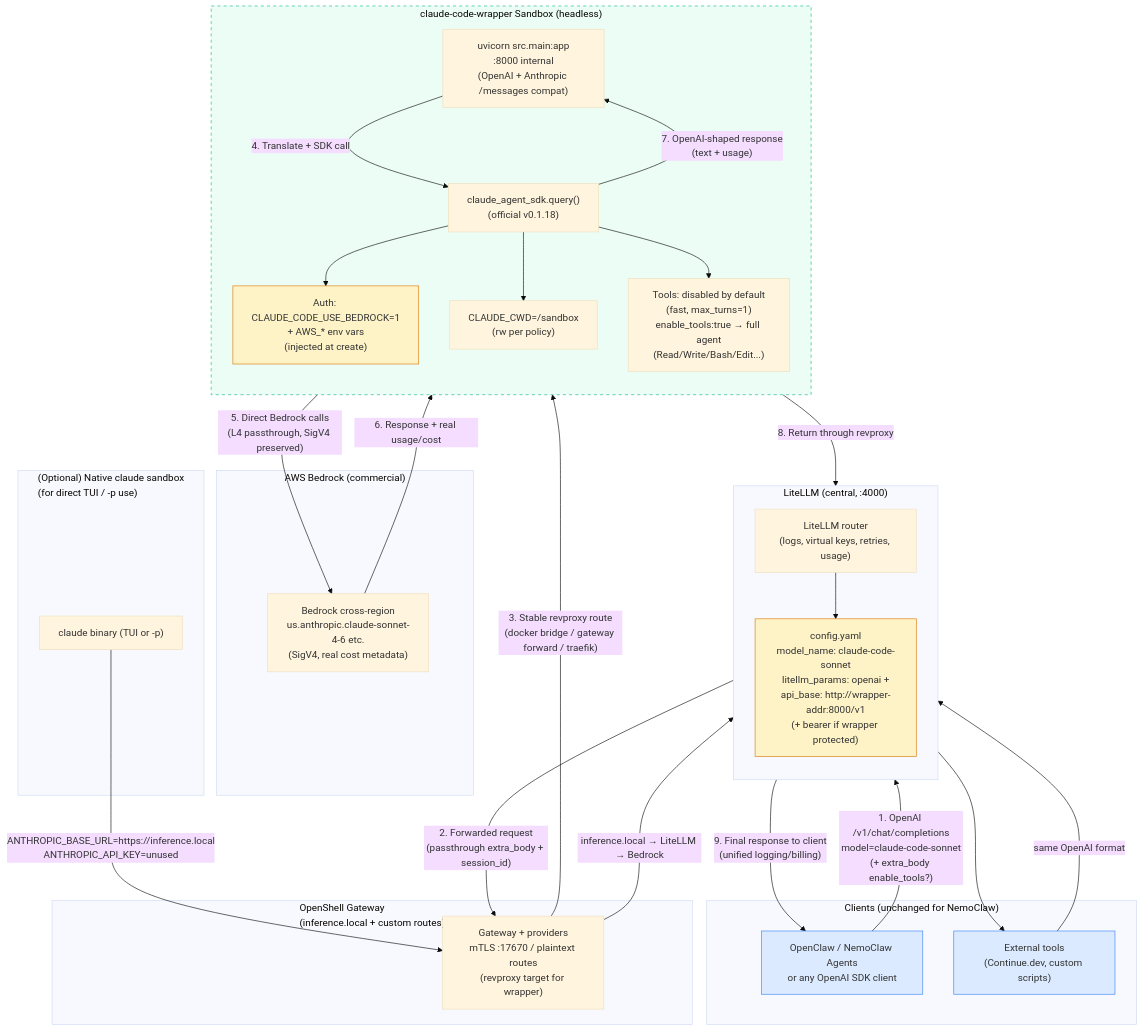
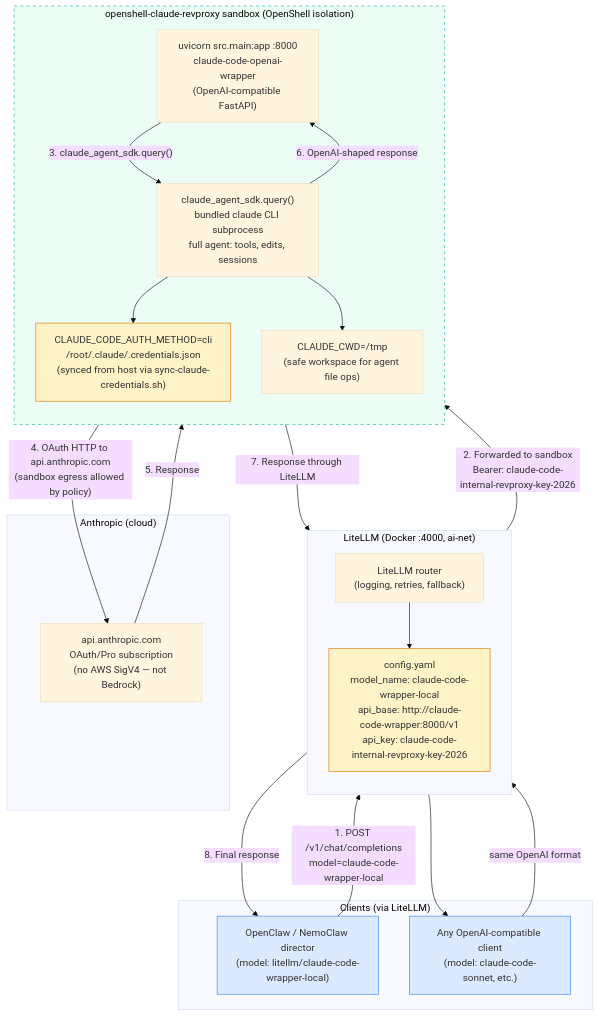
One commit to mcollinsece/home-lab changed the diagram in docs/diagrams/claude-code-wrapper-data-flow.md. Above: the diagram before and after it, drawn with Mermaid (base theme). The commit also changed other lines of this file and 11 other files, not shown here.

First line of the commit message:
docs + bootstrap: full doc refresh and claude-code-wrapper-local deployment

````diff
--- a/docs/diagrams/claude-code-wrapper-data-flow.md
+++ b/docs/diagrams/claude-code-wrapper-data-flow.md
@@ -21,64 +17,49 @@
 ```mermaid
 flowchart TB
-    subgraph Clients["Clients (unchanged for NemoClaw)"]
-        OC["OpenClaw / NemoClaw Agents<br/>or any OpenAI SDK client"]
-        EXT["External tools<br/>(Continue.dev, custom scripts)"]
+    subgraph Clients["Clients (via LiteLLM)"]
+        OC["OpenClaw / NemoClaw director\n(model: litellm/claude-code-wrapper-local)"]
+        EXT["Any OpenAI-compatible client\n(model: claude-code-sonnet, etc.)"]
     end
 
-    subgraph LiteLLM["LiteLLM (central, :4000)"]
+    subgraph LiteLLM["LiteLLM (Docker :4000, ai-net)"]
         direction TB
-        LLM_CFG["config.yaml<br/>model_name: claude-code-sonnet<br/>litellm_params: openai +<br/>api_base: http://wrapper-addr:8000/v1<br/>(+ bearer if wrapper protected)"]
-        LLM["LiteLLM router<br/>(logs, virtual keys, retries, usage)"]
+        LLM_CFG["config.yaml\nmodel_name: claude-code-wrapper-local\napi_base: http://claude-code-wrapper:8000/v1\napi_key: claude-code-internal-revproxy-key-2026"]
+        LLM["LiteLLM router\n(logging, retries, fallback)"]
     end
 
-    subgraph Gateway["OpenShell Gateway<br/>(inference.local + custom routes)"]
-        GW["Gateway + providers<br/>mTLS :17670 / plaintext routes<br/>(revproxy target for wrapper)"]
+    subgraph Sandbox["openshell-claude-revproxy sandbox (OpenShell isolation)"]
+        direction TB
+        WRAPPER["uvicorn src.main:app :8000\nclaude-code-openai-wrapper\n(OpenAI-compatible FastAPI)"]
+        SDK["claude_agent_sdk.query()\nbundled claude CLI subprocess\nfull agent: tools, edits, sessions"]
+        AUTH["CLAUDE_CODE_AUTH_METHOD=cli\n/root/.claude/.credentials.json\n(synced from host via sync-claude-credentials.sh)"]
+        CWD["CLAUDE_CWD=/tmp\n(safe workspace for agent file ops)"]
     end
 
-    subgraph Sandbox["claude-code-wrapper Sandbox (headless)"]
-        direction TB
-        WRAPPER["uvicorn src.main:app<br/>:8000 internal<br/>(OpenAI + Anthropic /messages compat)"]
-        SDK["claude_agent_sdk.query()<br/>(official v0.1.18)"]
-        AUTH["Auth: CLAUDE_CODE_USE_BEDROCK=1<br/>+ AWS_* env vars<br/>(injected at create)"]
-        CWD["CLAUDE_CWD=/sandbox<br/>(rw per policy)"]
-        TOOLS["Tools: disabled by default<br/>(fast, max_turns=1)<br/>enable_tools:true → full agent<br/>(Read/Write/Bash/Edit...)"]
+    subgraph Anthropic["Anthropic (cloud)"]
+        ANT["api.anthropic.com\nOAuth/Pro subscription\n(no AWS SigV4 — not Bedrock)"]
     end
 
-    subgraph Bedrock["AWS Bedrock (commercial)"]
-        BR["Bedrock cross-region<br/>us.anthropic.claude-sonnet-4-6 etc.<br/>(SigV4, real cost metadata)"]
-    end
-
-    %% Main data flow (wrapper path)
-    OC -->|"1. OpenAI /v1/chat/completions<br/>model=claude-code-sonnet<br/>(+ extra_body enable_tools?)"| LLM
+    %% Main data flow
+    OC -->|"1. POST /v1/chat/completions\nmodel=claude-code-wrapper-local"| LLM
     EXT -->|"same OpenAI format"| LLM
     LLM --> LLM_CFG
-    LLM -->|"2. Forwarded request<br/>(passthrough extra_body + session_id)"| GW
-    GW -->|"3. Stable revproxy route<br/>(docker bridge / gateway forward / traefik)"| WRAPPER
-    WRAPPER -->|"4. Translate + SDK call"| SDK
+    LLM -->|"2. Forwarded to sandbox\nBearer: claude-code-internal-revproxy-key-2026"| WRAPPER
+    WRAPPER -->|"3. claude_agent_sdk.query()"| SDK
     SDK --> AUTH
     SDK --> CWD
-    SDK --> TOOLS
-    SDK -->|"5. Direct Bedrock calls<br/>(L4 passthrough, SigV4 preserved)"| BR
-    BR -->|"6. Response + real usage/cost"| SDK
-    SDK -->|"7. OpenAI-shaped response<br/>(text + usage)"| WRAPPER
-    WRAPPER -->|"8. Return through revproxy"| LLM
-    LLM -->|"9. Final response to client<br/>(unified logging/billing)"| OC
+    SDK -->|"4. OAuth HTTP to api.anthropic.com\n(sandbox egress allowed by policy)"| ANT
+    ANT -->|"5. Response"| SDK
+    SDK -->|"6. OpenAI-shaped response"| WRAPPER
+    WRAPPER -->|"7. Response through LiteLLM"| LLM
+    LLM -->|"8. Final response"| OC
     LLM --> EXT
 
-    %% Contrast: native claude path (already scaffolded)
-    subgraph Native["(Optional) Native claude sandbox<br/>(for direct TUI / -p use)"]
-        CLAUDE["claude binary (TUI or -p)"]
-        CLAUDE -->|"ANTHROPIC_BASE_URL=https://inference.local<br/>ANTHROPIC_API_KEY=unused"| GW
-    end
-    GW -->|"inference.local → LiteLLM → Bedrock"| LLM
-
-    %% Boundaries
     classDef cred fill:#fef3c7,stroke:#d97706
     class AUTH,LLM_CFG cred
 
     classDef boundary fill:#ecfdf5,stroke:#10b981,stroke-dasharray: 5 5
     class Sandbox boundary
 
     classDef client fill:#dbeafe,stroke:#3b82f6
     class OC,EXT client
 ```
````
